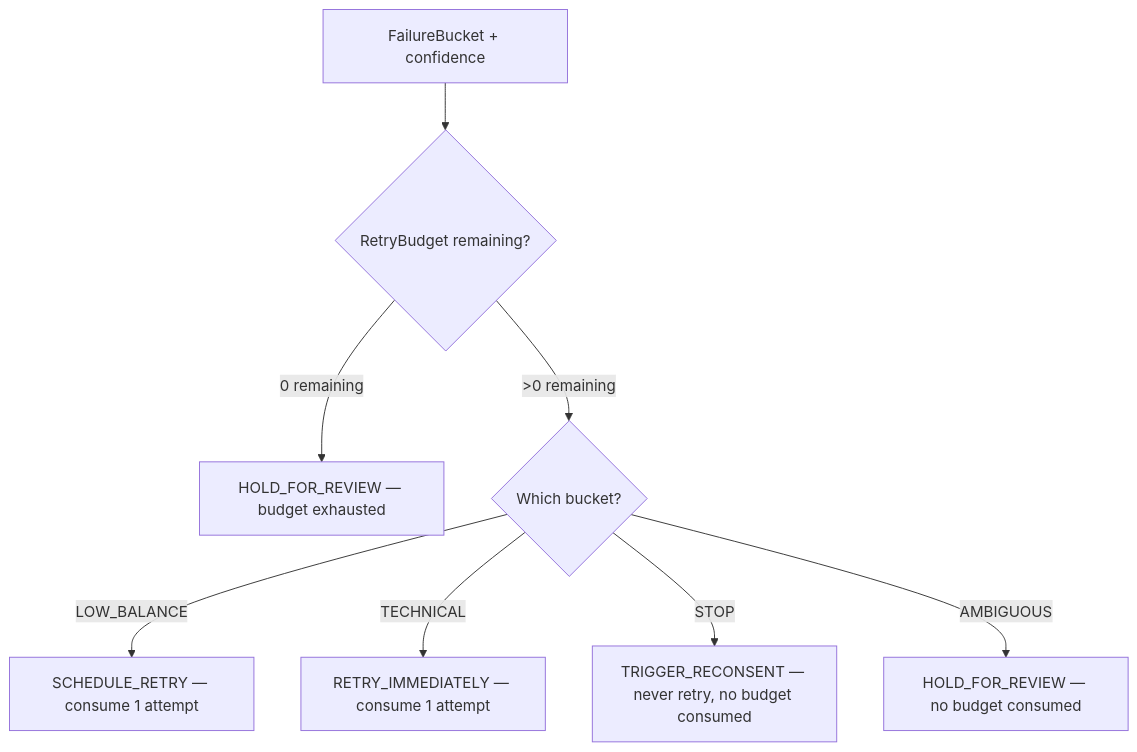
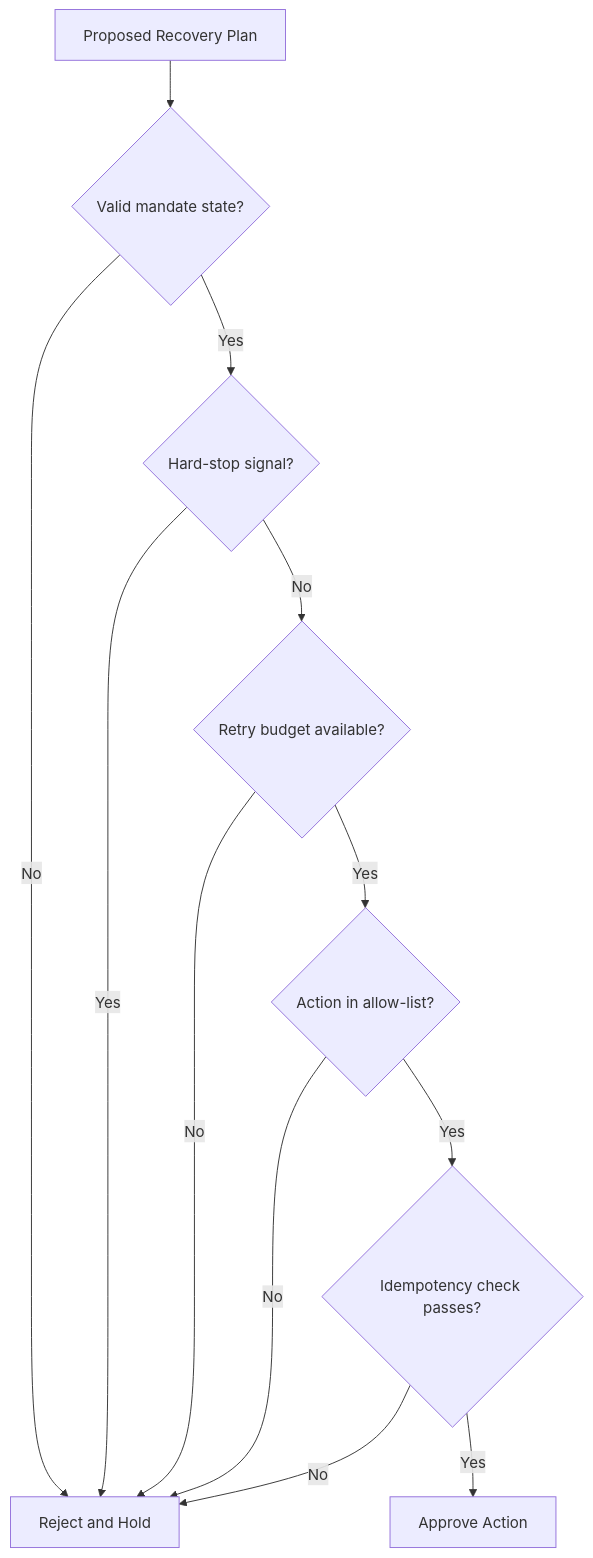
The sixth of 6 diagrams in docs/architecture.md (kundanjan/mandate-doctor), drawn with Mermaid before and after one commit. The commit also changed other lines of this file, not shown here.

Commit message:
docs: define evidence-bound recovery architecture

````diff
--- a/docs/architecture.md
+++ b/docs/architecture.md
@@ -163,10 +368,14 @@
 ```mermaid
 flowchart TD
-    A[FailureBucket + confidence] --> B{RetryBudget remaining?}
-    B -->|0 remaining| C[HOLD_FOR_REVIEW — budget exhausted]
-    B -->|>0 remaining| D{Which bucket?}
-    D -->|LOW_BALANCE| E[SCHEDULE_RETRY — consume 1 attempt]
-    D -->|TECHNICAL| F[RETRY_IMMEDIATELY — consume 1 attempt]
-    D -->|STOP| G[TRIGGER_RECONSENT — never retry, no budget consumed]
-    D -->|AMBIGUOUS| H[HOLD_FOR_REVIEW — no budget consumed]
+    A[Proposed Recovery Plan] --> B{Valid mandate state?}
+    B -->|No| C[Reject and Hold]
+    B -->|Yes| D{Hard-stop signal?}
+    D -->|Yes| C
+    D -->|No| E{Retry budget available?}
+    E -->|No| C
+    E -->|Yes| F{Action in allow-list?}
+    F -->|No| C
+    F -->|Yes| G{Idempotency check passes?}
+    G -->|No| C
+    G -->|Yes| H[Approve Action]
 ```
````
